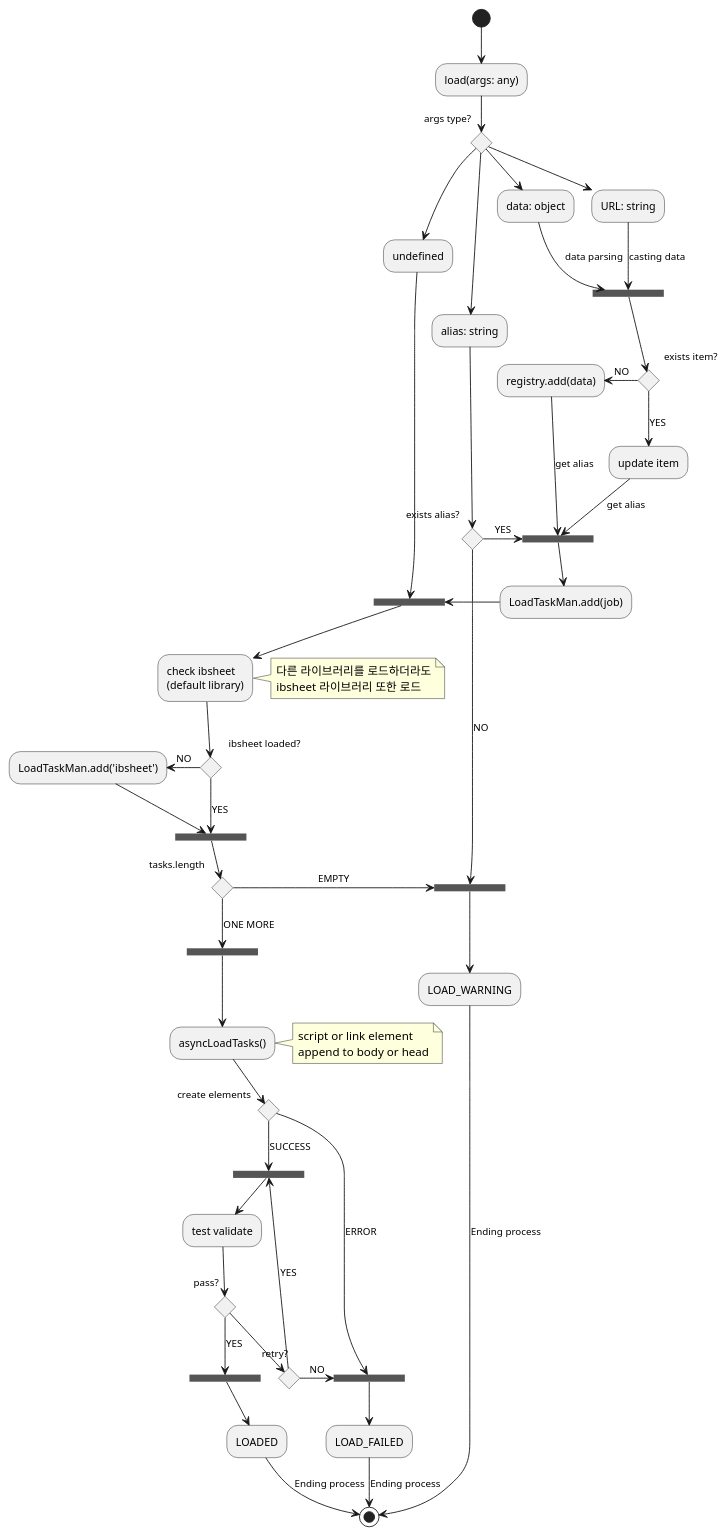
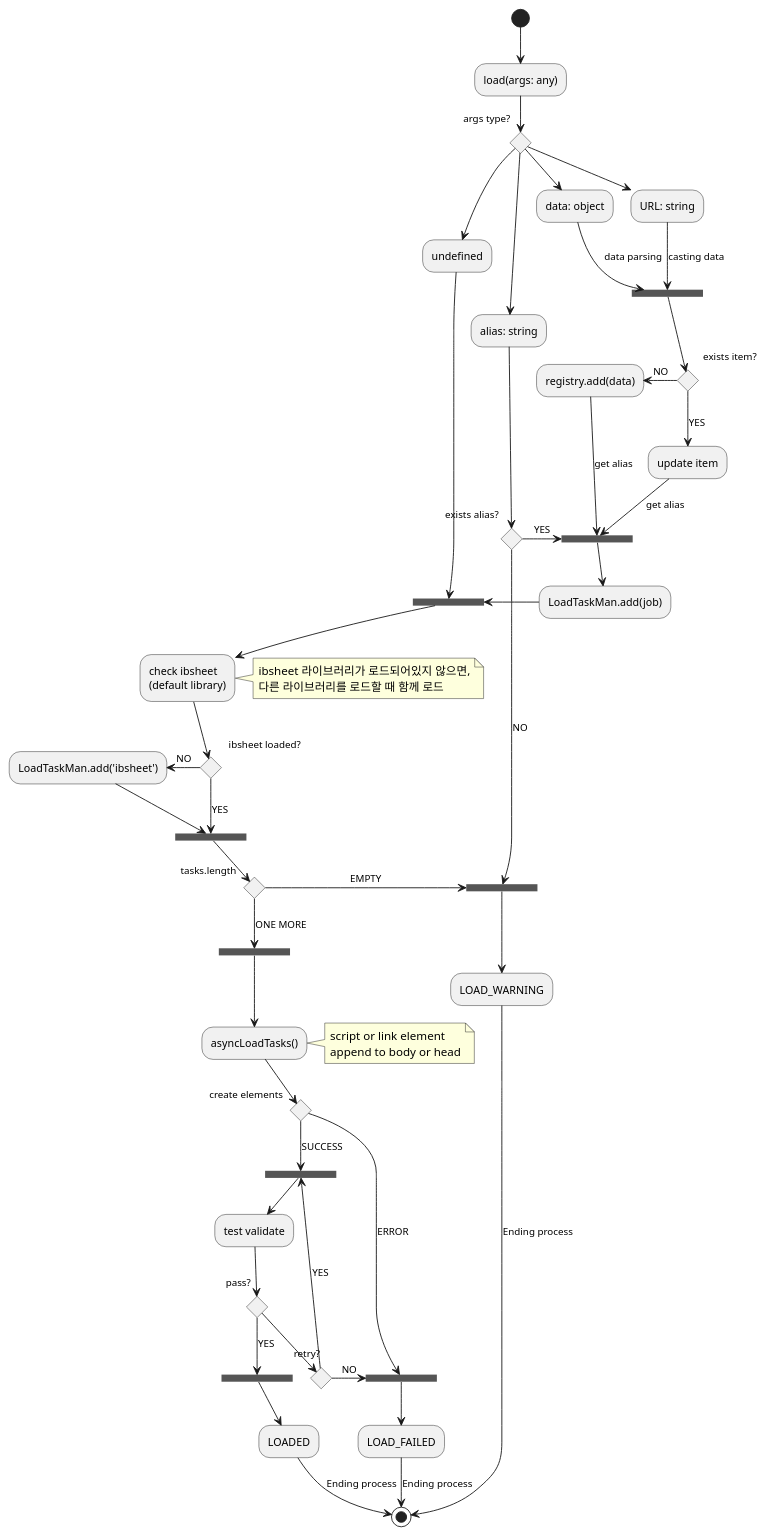
The diagram in etc/load-flow.puml (ibsheet/loader-manual), drawn with PlantUML before and after one commit. The commit also changed 7 other files, not shown here.

```diff
--- a/etc/load-flow.puml
+++ b/etc/load-flow.puml
@@ -1,67 +1,67 @@
 @startuml loadflow
 (*) --> "load(args: any)"
 if "args type?" then
   --> "data: object"
   --> [data parsing] ===REGISTER_ITEM===
 else
   --> "URL: string"
   --> [casting data] ===REGISTER_ITEM===
   if "exists item?" then
     --> [YES] "update item"
     --> [get alias] ===ADD_LOAD_TASK===
   else
     -left-> [NO] "registry.add(data)"
     --> [get alias] ===ADD_LOAD_TASK===
   endif
   
 else
   --> "alias: string"
   if "exists alias?" then
     -right-> [YES] ===ADD_LOAD_TASK===
     --> "LoadTaskMan.add(job)"
     -right-> ===TEST_IBSHEET_LOADED===
   else
     --> [NO] ===WARNING===
     --> "LOAD_WARNING"
     --> [Ending process] (*)
   endif
 else
   --> "undefined"
   --> ===TEST_IBSHEET_LOADED===
   --> "check ibsheet\n(default library)"
-  note left: 다른 라이브러리를 로드하더라도\nibsheet 라이브러리 또한 로드
+  note left: ibsheet 라이브러리가 로드되어있지 않으면,\n다른 라이브러리를 로드할 때 함께 로드
   if "ibsheet loaded?" then
     -left-> [NO] "LoadTaskMan.add('ibsheet')"
     --> ===CHECK_START_TASKS===
     if "tasks.length" then
       --> [ONE MORE] ===START_LOAD_TASKS===
       --> "asyncLoadTasks()"
       note right: script or link element \nappend to body or head
       if "create elements" then
         --> [SUCCESS] ===VALIDATE_TEST===
         --> "test validate"
         if "pass?" then
           --> [YES] ===SUCCESS_LOAD_TASK===
           --> "LOADED"
           --> [Ending process] (*)
         else
           if "retry?" then
           ' note left: max >= count
             --> [YES] ===VALIDATE_TEST===
           else
             -right-> [NO] ===FAILED_LOAD_TASK===
           endif
         endif
       else
         --> [ERROR] ===FAILED_LOAD_TASK===
         --> "LOAD_FAILED"
         --> [Ending process] (*)
       endif
     else
       -right-> [EMPTY] ===WARNING===
     endif
   else
     --> [YES] ===CHECK_START_TASKS===
   endif
 endif
 @enduml
```
